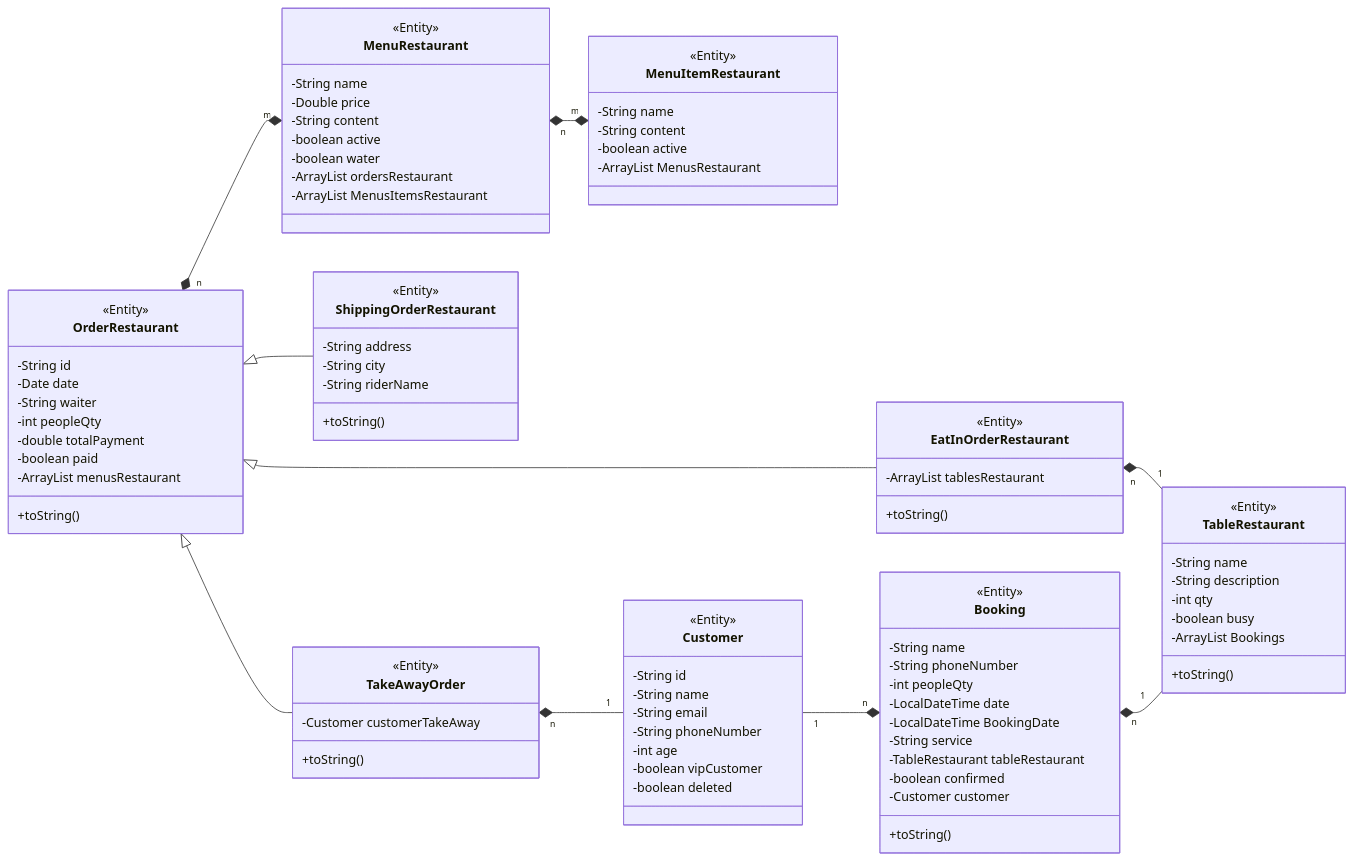
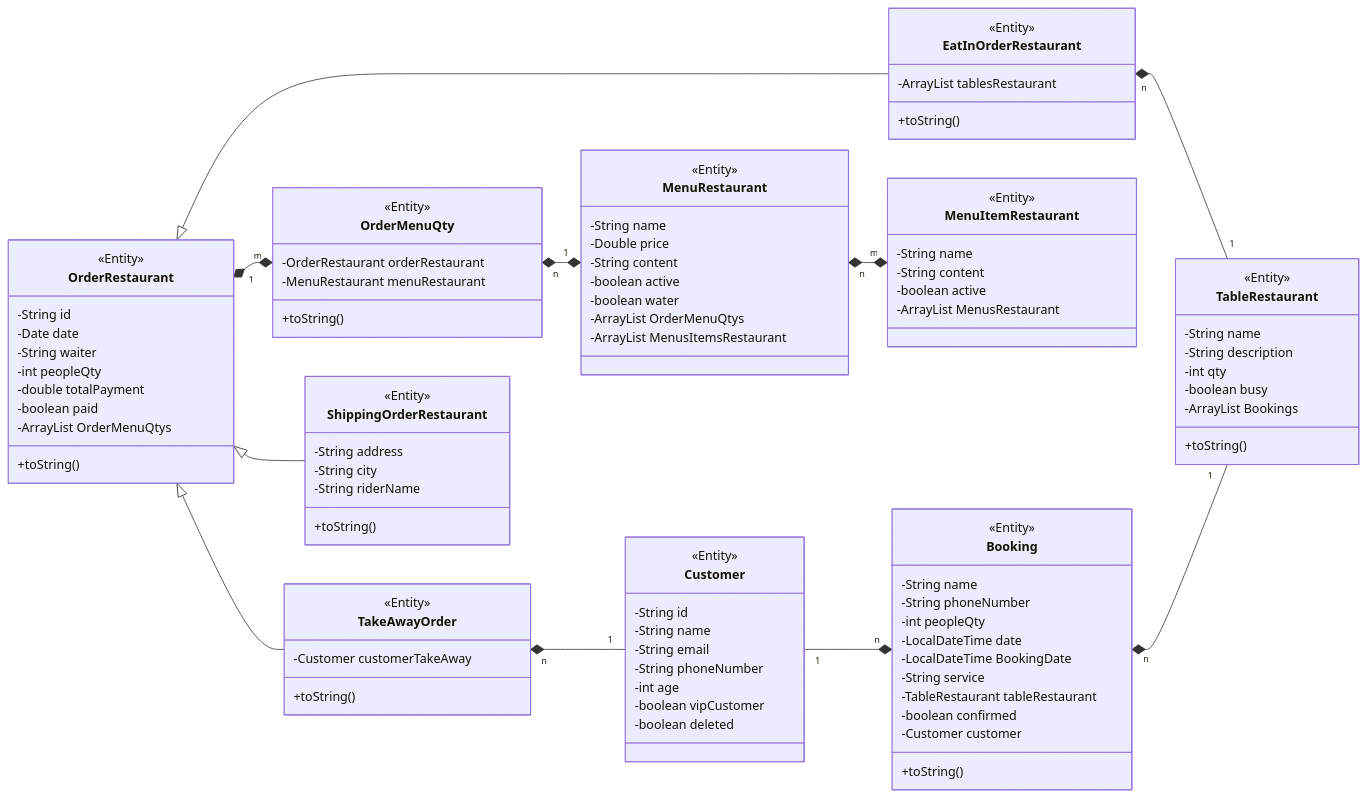
Before and after one commit to AlbertProfe/wiki: the fourth of 5 diagrams in springboot/sblab8-4.qmd, drawn with Mermaid. The commit also changed other lines of this file and 2 other files, not shown here.

```diff
--- a/springboot/sblab8-4.qmd
+++ b/springboot/sblab8-4.qmd
@@ -424,7 +428,14 @@
         -int peopleQty
         -double totalPayment
         -boolean paid
-        -ArrayList<MenuRestaurant> menusRestaurant
+        -ArrayList<OrderMenuQty> OrderMenuQtys
+        +toString()
+    }
+
+class OrderMenuQty {
+        <<Entity>>
+        -OrderRestaurant orderRestaurant
+        -MenuRestaurant menuRestaurant
         +toString()
     }
 
@@ -454,7 +465,7 @@
         -String content
         -boolean active
         -boolean water
-        -ArrayList<OrderRestaurant> ordersRestaurant
+        -ArrayList<OrderMenuQty> OrderMenuQtys
         -ArrayList<MenuItemRestaurant> MenusItemsRestaurant
     }
     class MenuItemRestaurant {
@@ -504,7 +515,8 @@
     OrderRestaurant <|-- TakeAwayOrder
     OrderRestaurant <|-- ShippingOrderRestaurant
     OrderRestaurant <|-- EatInOrderRestaurant
-    OrderRestaurant "n" *--* "m" MenuRestaurant
+    OrderRestaurant "1" *--* "m" OrderMenuQty
+    OrderMenuQty "n" *--* "1" MenuRestaurant
     MenuRestaurant "n" *--* "m" MenuItemRestaurant
     TakeAwayOrder "n" *-- "1" Customer
     EatInOrderRestaurant "n" *-- "1" TableRestaurant
```
